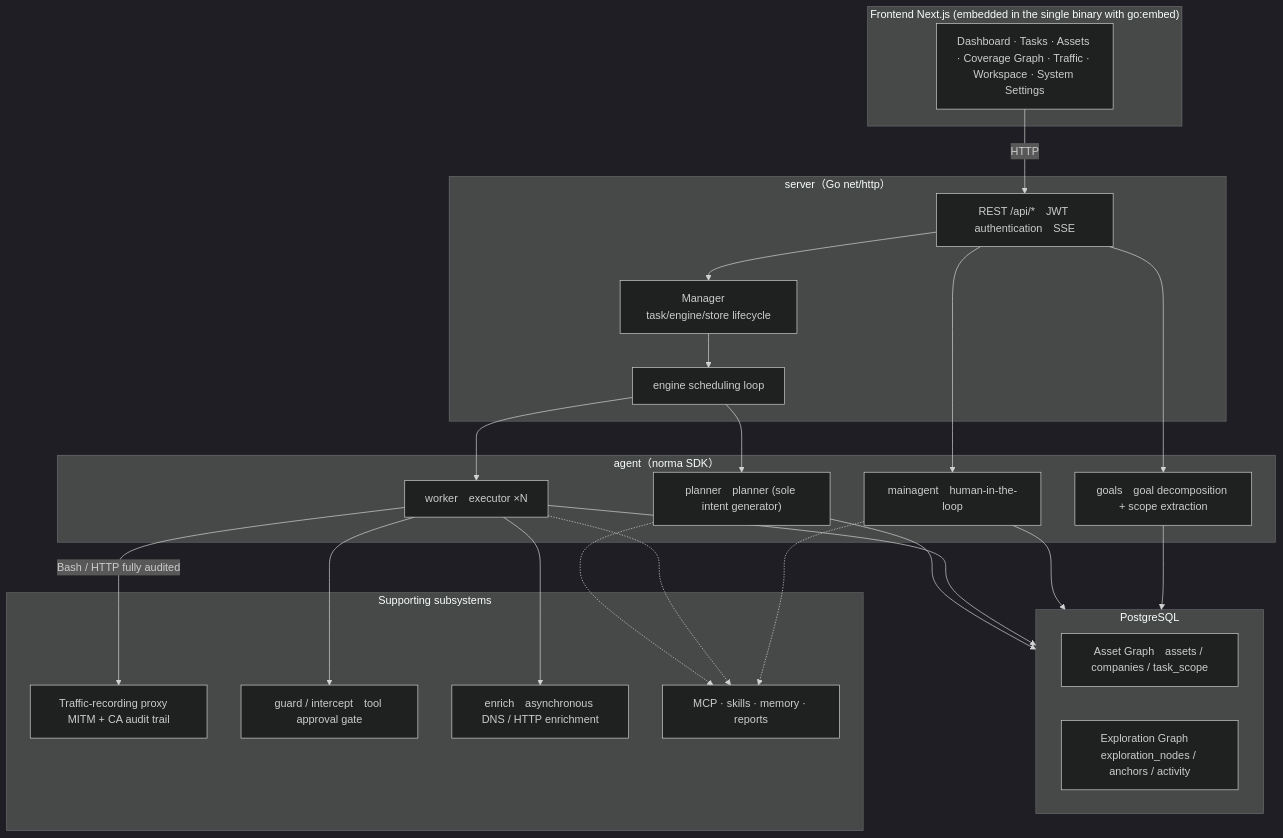
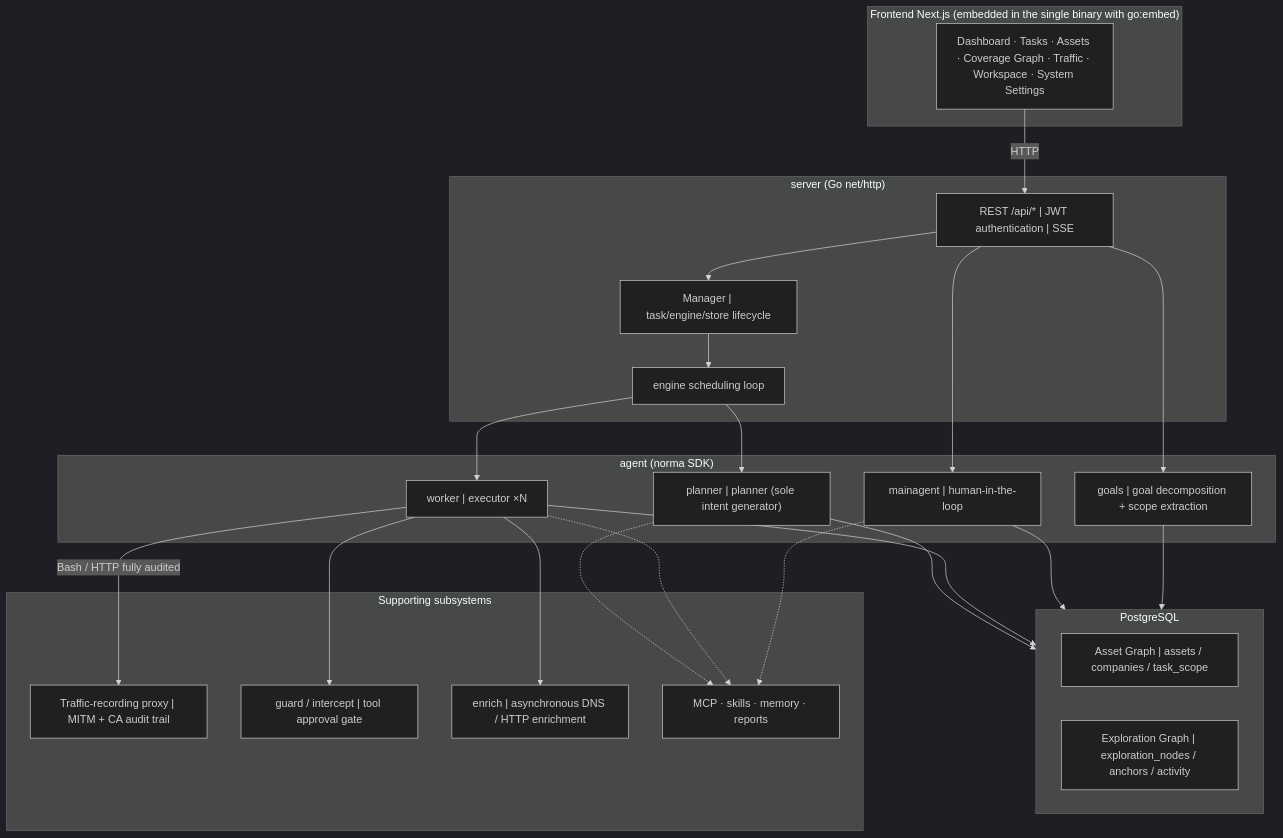
The first of 5 diagrams in README.md (acheong08/artex), drawn with Mermaid (dark theme) before and after one commit. The commit also changed other lines of this file and 267 other files, not shown here.

````diff
--- a/README.md
+++ b/README.md
@@ -289,44 +289,44 @@
 ```mermaid
 flowchart TB
   subgraph FE["Frontend Next.js (embedded in the single binary with go:embed)"]
     UI["Dashboard · Tasks · Assets · Coverage Graph · Traffic · Workspace · System Settings"]
   end
-  subgraph SRV["server（Go net/http）"]
-    API["REST /api/*　JWT authentication　SSE"]
+  subgraph SRV["server (Go net/http)"]
+    API["REST /api/* | JWT authentication | SSE"]
     ENG["engine scheduling loop"]
-    MGR["Manager　task/engine/store lifecycle"]
+    MGR["Manager | task/engine/store lifecycle"]
   end
-  subgraph AG["agent（norma SDK）"]
-    GO["goals　goal decomposition + scope extraction"]
-    PL["planner　planner (sole intent generator)"]
-    WK["worker　executor ×N"]
-    MA["mainagent　human-in-the-loop"]
+  subgraph AG["agent (norma SDK)"]
+    GO["goals | goal decomposition + scope extraction"]
+    PL["planner | planner (sole intent generator)"]
+    WK["worker | executor ×N"]
+    MA["mainagent | human-in-the-loop"]
   end
   subgraph DB["PostgreSQL"]
-    AGRAPH["Asset Graph　assets / companies / task_scope"]
-    EGRAPH["Exploration Graph　exploration_nodes / anchors / activity"]
+    AGRAPH["Asset Graph | assets / companies / task_scope"]
+    EGRAPH["Exploration Graph | exploration_nodes / anchors / activity"]
   end
   subgraph SUB["Supporting subsystems"]
-    PROXY["Traffic-recording proxy　MITM + CA audit trail"]
-    GUARD["guard / intercept　tool approval gate"]
-    ENR["enrich　asynchronous DNS / HTTP enrichment"]
+    PROXY["Traffic-recording proxy | MITM + CA audit trail"]
+    GUARD["guard / intercept | tool approval gate"]
+    ENR["enrich | asynchronous DNS / HTTP enrichment"]
     EXT["MCP · skills · memory · reports"]
   end
 
   UI -->|HTTP| API
   API --> MGR --> ENG
   ENG --> PL
   ENG --> WK
   API --> MA
   API --> GO
   PL --> DB
   WK --> DB
   MA --> DB
   GO --> DB
   WK -->|"Bash / HTTP fully audited"| PROXY
   WK --> GUARD
   WK --> ENR
   PL -.-> EXT
   WK -.-> EXT
   MA -.-> EXT
 ```
````
